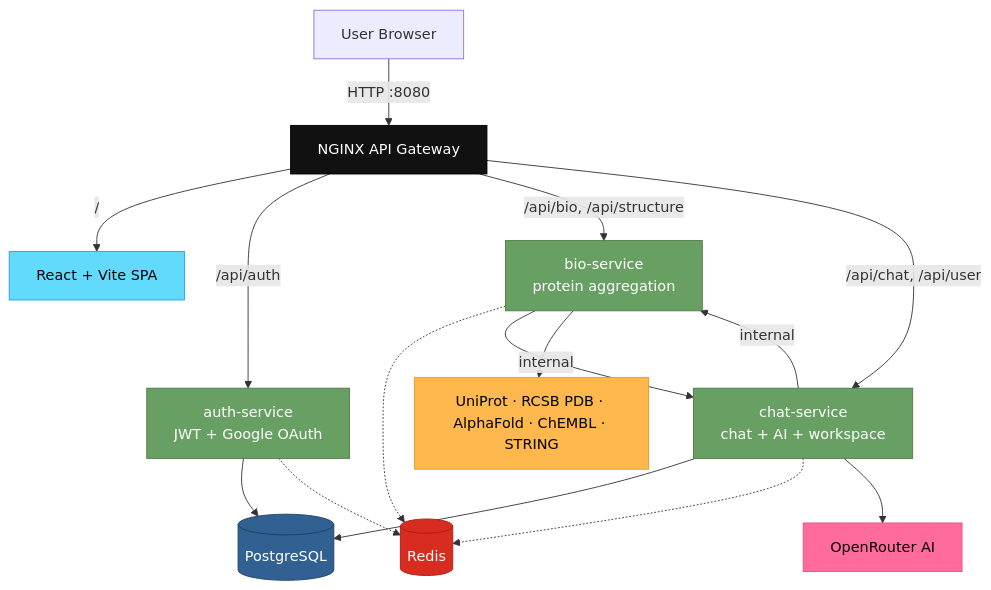
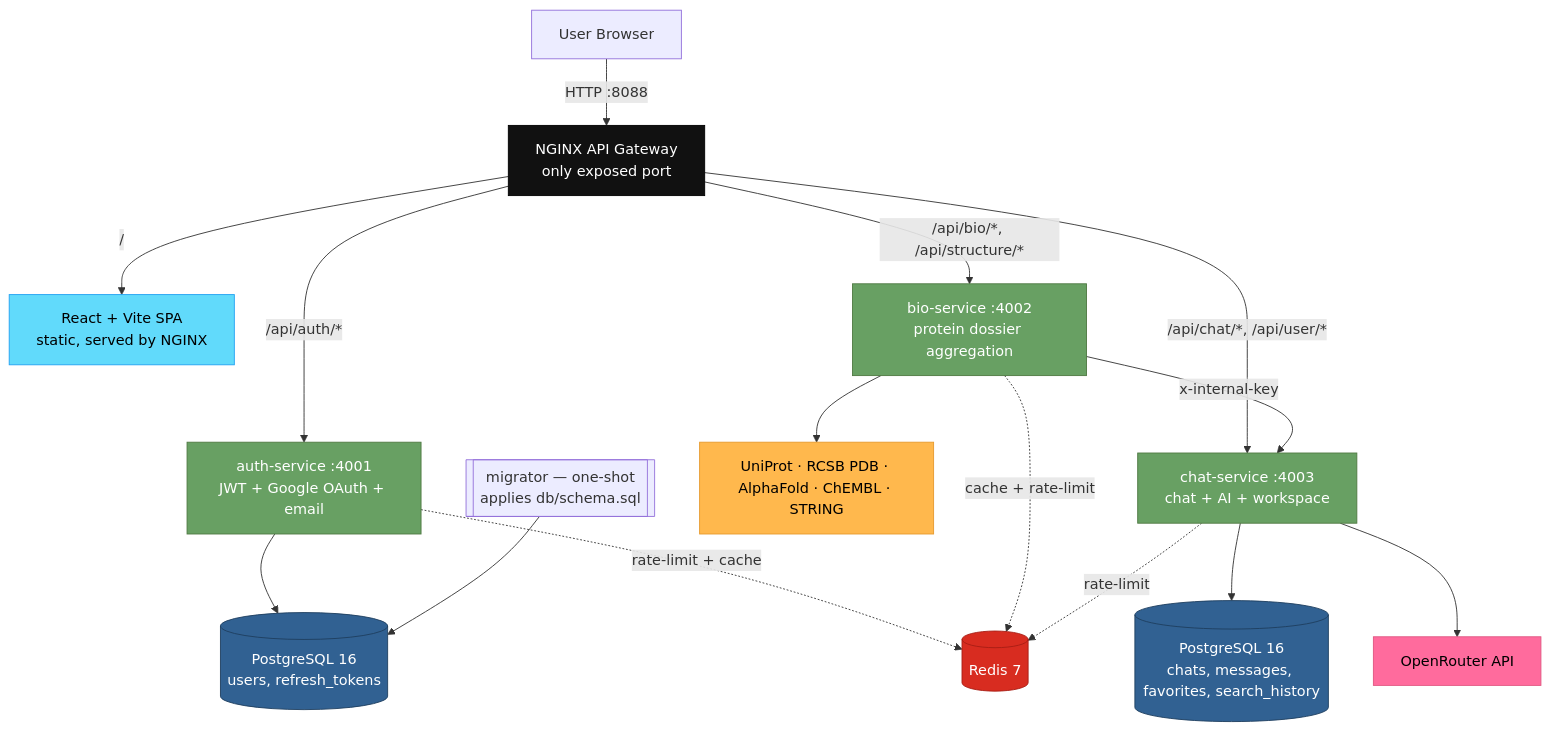
Before and after one commit to saiprasad367/SmartBioGPT: the diagram in README.md, drawn with Mermaid. The commit also changed other lines of this file and 1 other file, not shown here.

First line of the commit message:
docs: rewrite README and align SETUP for the current architecture

````diff
--- a/README.md
+++ b/README.md
@@ -72,27 +112,30 @@
 ```mermaid
 graph TD
-    U[User Browser] -->|HTTP :8080| GW[NGINX API Gateway]
-    GW -->|/| FE[React + Vite SPA]
-    GW -->|/api/auth| AUTH[auth-service<br/>JWT + Google OAuth]
-    GW -->|/api/bio, /api/structure| BIO[bio-service<br/>protein aggregation]
-    GW -->|/api/chat, /api/user| CHAT[chat-service<br/>chat + AI + workspace]
-    AUTH --> PG[(PostgreSQL)]
-    CHAT --> PG
-    AUTH -.-> RS[(Redis)]
-    BIO -.-> RS
-    CHAT -.-> RS
-    BIO -->|internal| CHAT
-    CHAT -->|internal| BIO
+    U[User Browser] -->|HTTP :8088| GW[NGINX API Gateway<br/>only exposed port]
+    GW -->|/| FE[React + Vite SPA<br/>static, served by NGINX]
+    GW -->|/api/auth/*| AUTH[auth-service :4001<br/>JWT + Google OAuth + email]
+    GW -->|/api/bio/*, /api/structure/*| BIO[bio-service :4002<br/>protein dossier aggregation]
+    GW -->|/api/chat/*, /api/user/*| CHAT[chat-service :4003<br/>chat + AI + workspace]
+
+    AUTH --> PG[(PostgreSQL 16<br/>users, refresh_tokens)]
+    CHAT --> PG2[(PostgreSQL 16<br/>chats, messages, favorites, search_history)]
+    AUTH -.rate-limit + cache.-> RS[(Redis 7)]
+    BIO  -.cache + rate-limit.-> RS
+    CHAT -.rate-limit.-> RS
+
+    BIO -->|x-internal-key| CHAT
     BIO --> EXT[UniProt · RCSB PDB · AlphaFold · ChEMBL · STRING]
-    CHAT --> AI[OpenRouter AI]
+    CHAT --> AI[OpenRouter API]
+    MIG[[migrator — one-shot<br/>applies db/schema.sql]] --> PG
 
     style GW fill:#111,stroke:#000,color:#fff
     style FE fill:#61DAFB,stroke:#21A1F1,color:#000
     style AUTH fill:#68A063,stroke:#4F7942,color:#fff
     style BIO fill:#68A063,stroke:#4F7942,color:#fff
     style CHAT fill:#68A063,stroke:#4F7942,color:#fff
     style PG fill:#316192,stroke:#1F3F5F,color:#fff
+    style PG2 fill:#316192,stroke:#1F3F5F,color:#fff
     style RS fill:#D82C20,stroke:#A81E15,color:#fff
     style EXT fill:#FFB84D,stroke:#E69A2E,color:#000
     style AI fill:#FF6B9D,stroke:#E05580,color:#000
 ```
````
